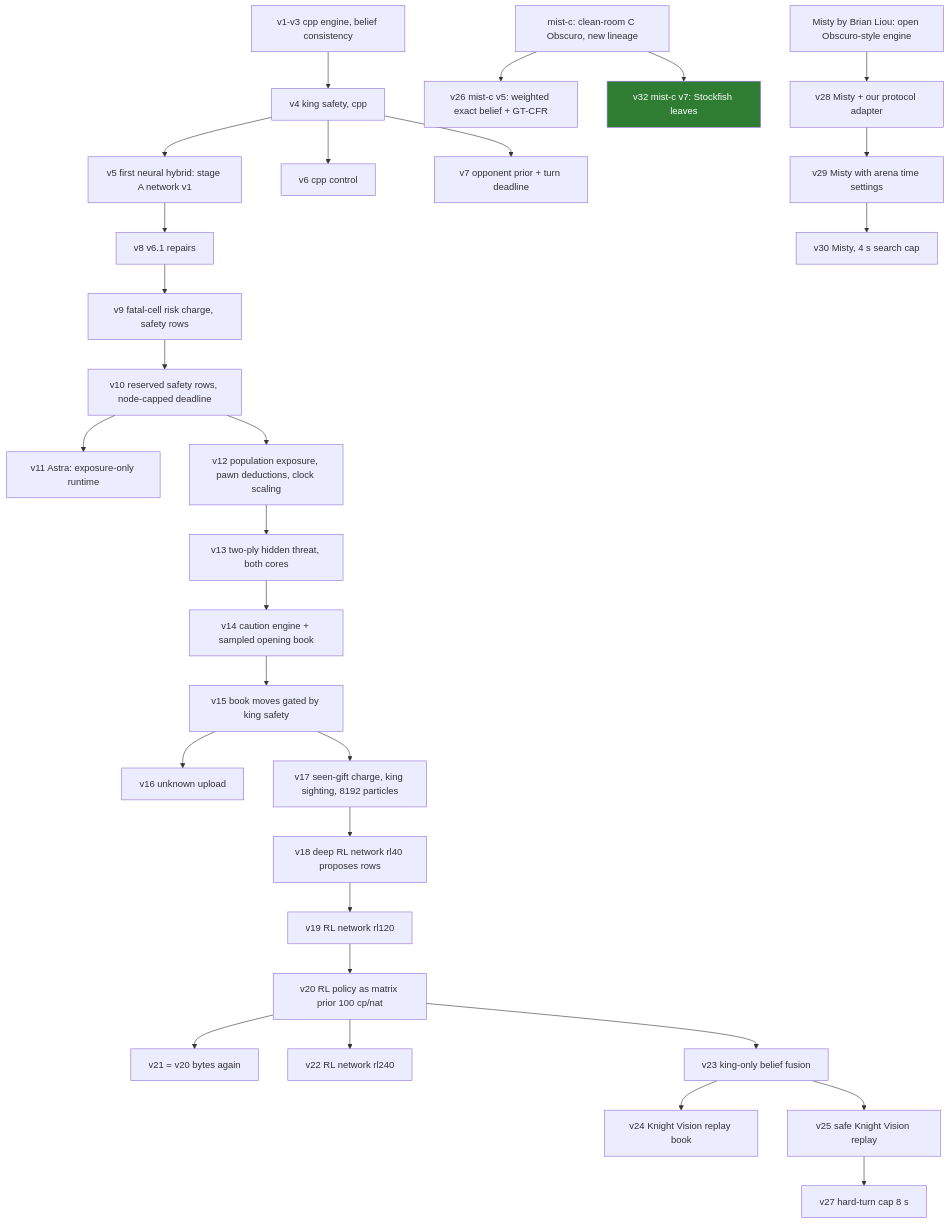
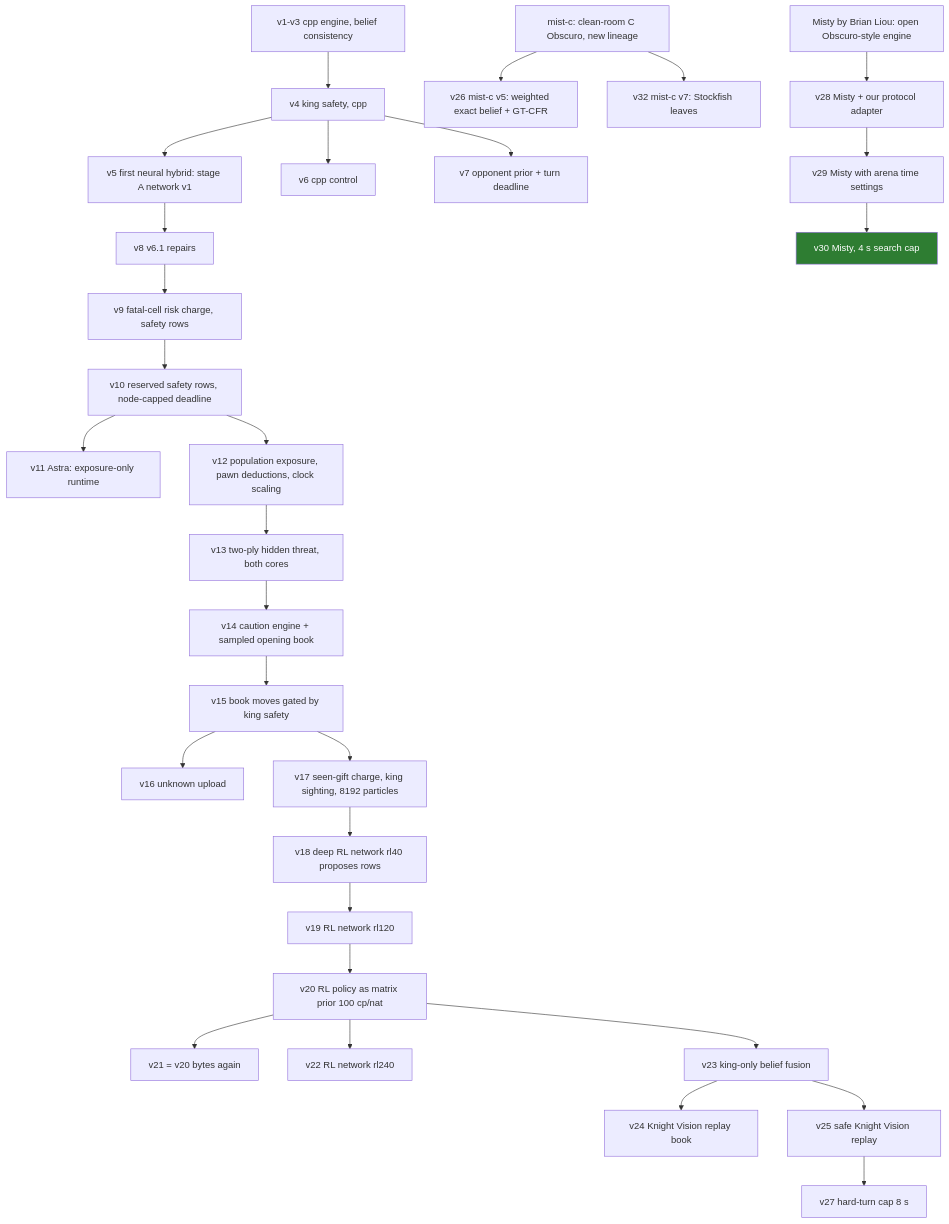
The diagram in MUTATIONS.md (htansetiawan/iamavirus), drawn with Mermaid before and after one commit. The commit also changed other lines of this file and 1 other file, not shown here.

Commit message:
Map: v32 (mist-c v7) 9/23 on the arena, top six 2/14; v30 (Misty) reactivated by the user

````diff
--- a/MUTATIONS.md
+++ b/MUTATIONS.md
@@ -20,32 +20,32 @@
 ```mermaid
 flowchart TD
   v1[v1-v3 cpp engine, belief consistency] --> v4[v4 king safety, cpp]
   v4 --> v5[v5 first neural hybrid: stage A network v1]
   v4 --> v6[v6 cpp control]
   v4 --> v7[v7 opponent prior + turn deadline]
   v5 --> v8[v8 v6.1 repairs] --> v9[v9 fatal-cell risk charge, safety rows] --> v10[v10 reserved safety rows, node-capped deadline]
   v10 --> v11[v11 Astra: exposure-only runtime]
   v10 --> v12[v12 population exposure, pawn deductions, clock scaling]
   v12 --> v13[v13 two-ply hidden threat, both cores]
   v13 --> v14[v14 caution engine + sampled opening book]
   v14 --> v15[v15 book moves gated by king safety]
   v15 --> v16[v16 unknown upload]
   v15 --> v17[v17 seen-gift charge, king sighting, 8192 particles]
   v17 --> v18[v18 deep RL network rl40 proposes rows]
   v18 --> v19[v19 RL network rl120]
   v19 --> v20[v20 RL policy as matrix prior 100 cp/nat]
   v20 --> v21[v21 = v20 bytes again]
   v20 --> v22[v22 RL network rl240]
   v20 --> v23[v23 king-only belief fusion]
   v23 --> v24[v24 Knight Vision replay book]
   v23 --> v25[v25 safe Knight Vision replay]
   mc[mist-c: clean-room C Obscuro, new lineage] --> v26[v26 mist-c v5: weighted exact belief + GT-CFR]
   v25 --> v27[v27 hard-turn cap 8 s]
   misty[Misty by Brian Liou: open Obscuro-style engine] --> v28[v28 Misty + our protocol adapter]
   v28 --> v29[v29 Misty with arena time settings]
   v29 --> v30[v30 Misty, 4 s search cap]
   mc --> v32[v32 mist-c v7: Stockfish leaves]
   classDef alive fill:#2e7d32,color:#fff;
   classDef cand fill:#f9a825,color:#000;
-  class v32 alive;
+  class v30 alive;
 ```
````
